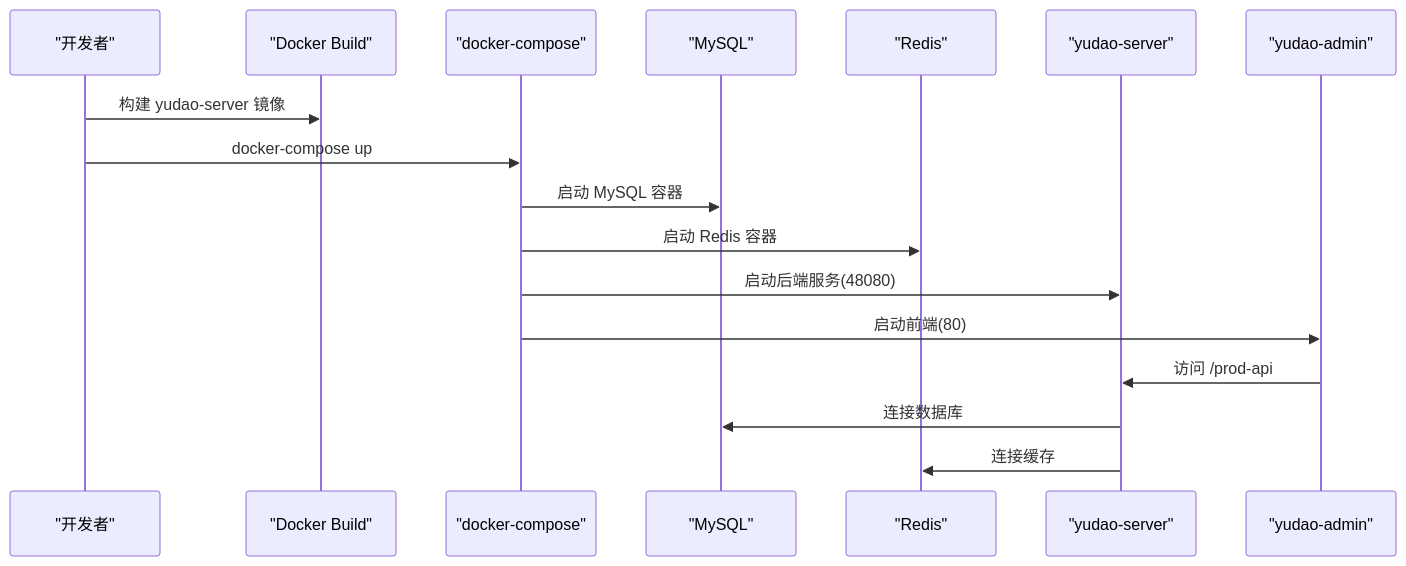
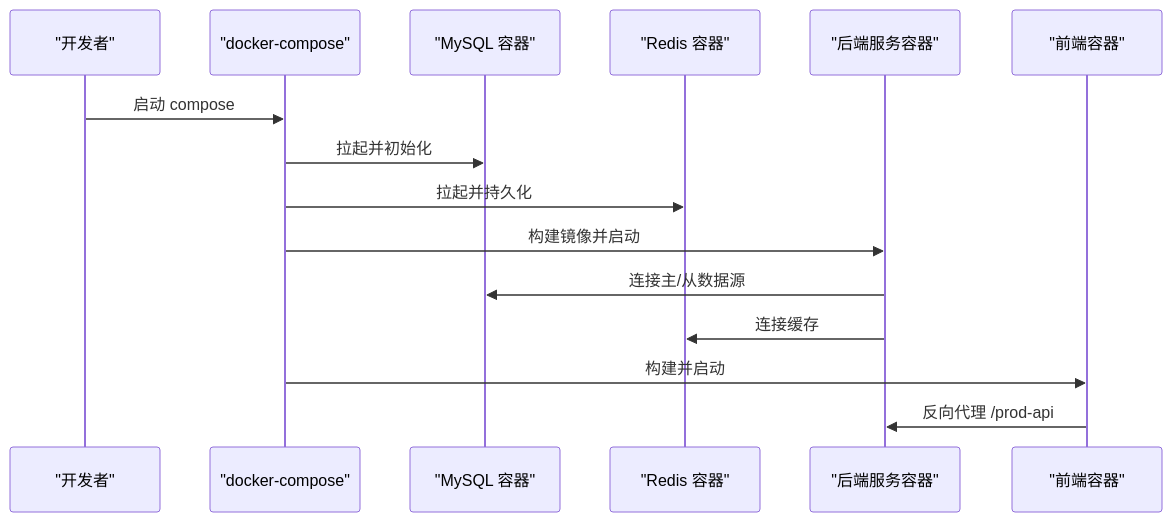
One commit to xiaoche80s-tech/rouyi-vue-pro changed the fourth of 7 diagrams in .qoder/repowiki/zh/content/部署运维/部署运维.md. Above: the diagram before and after it, drawn with Mermaid. The commit also changed other lines of this file and 840 other files, not shown here.

````diff
--- a/.qoder/repowiki/zh/content/部署运维/部署运维.md
+++ b/.qoder/repowiki/zh/content/部署运维/部署运维.md
@@ -158,19 +134,17 @@
 ```mermaid
 sequenceDiagram
 participant Dev as "开发者"
-participant Docker as "Docker Build"
 participant Compose as "docker-compose"
-participant MySQL as "MySQL"
-participant Redis as "Redis"
-participant Server as "yudao-server"
-participant Admin as "yudao-admin"
-Dev->>Docker : 构建 yudao-server 镜像
-Dev->>Compose : docker-compose up
-Compose->>MySQL : 启动 MySQL 容器
-Compose->>Redis : 启动 Redis 容器
-Compose->>Server : 启动后端服务(48080)
-Compose->>Admin : 启动前端(80)
-Admin->>Server : 访问 /prod-api
-Server->>MySQL : 连接数据库
+participant MySQL as "MySQL 容器"
+participant Redis as "Redis 容器"
+participant Server as "后端服务容器"
+participant Admin as "前端容器"
+Dev->>Compose : 启动 compose
+Compose->>MySQL : 拉起并初始化
+Compose->>Redis : 拉起并持久化
+Compose->>Server : 构建镜像并启动
+Server->>MySQL : 连接主/从数据源
 Server->>Redis : 连接缓存
+Compose->>Admin : 构建并启动
+Admin->>Server : 反向代理 /prod-api
 ```
````
